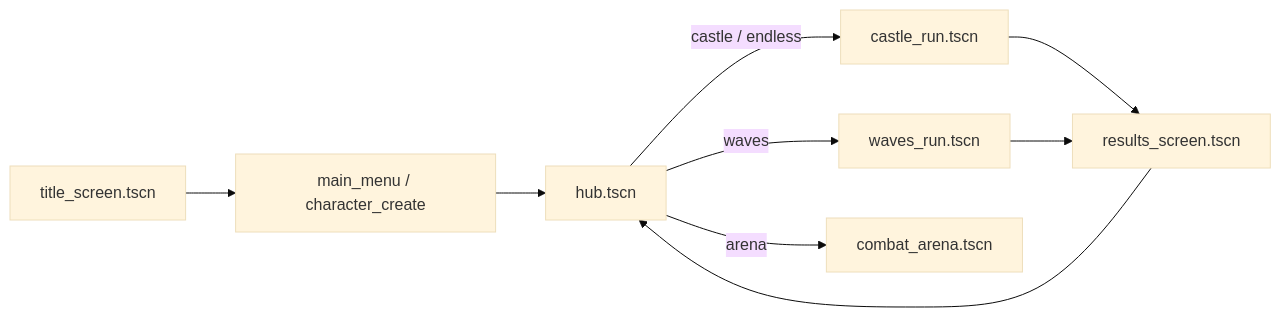
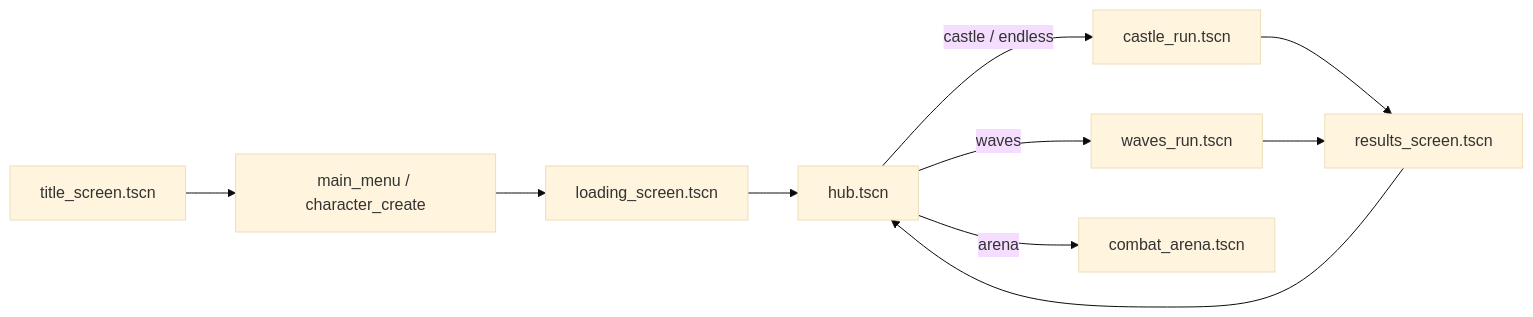
Before and after one commit to halaghiuc-dragos/Aumbrye: the first of 3 diagrams in docs/ARCHITECTURE.md, drawn with Mermaid (base theme). The commit also changed other lines of this file and 251 other files, not shown here.

````diff
--- a/docs/ARCHITECTURE.md
+++ b/docs/ARCHITECTURE.md
@@ -68,11 +84,12 @@
 ```mermaid
 flowchart LR
   Title[title_screen.tscn] --> Menu[main_menu / character_create]
-  Menu --> Hub[hub.tscn]
+  Menu --> Loading[loading_screen.tscn]
+  Loading --> Hub[hub.tscn]
   Hub -->|castle / endless| Castle[castle_run.tscn]
   Hub -->|waves| Waves[waves_run.tscn]
   Hub -->|arena| Arena[combat_arena.tscn]
   Castle --> Results[results_screen.tscn]
   Waves --> Results
   Results --> Hub
 ```
````
